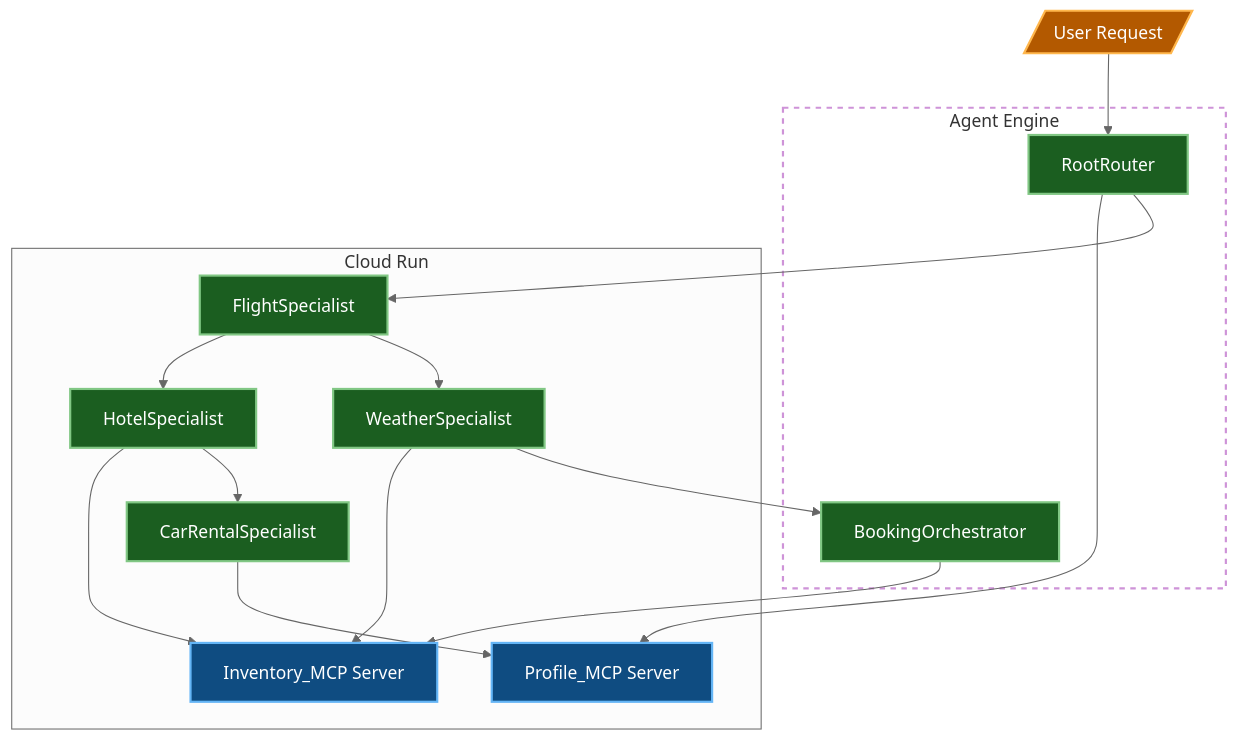
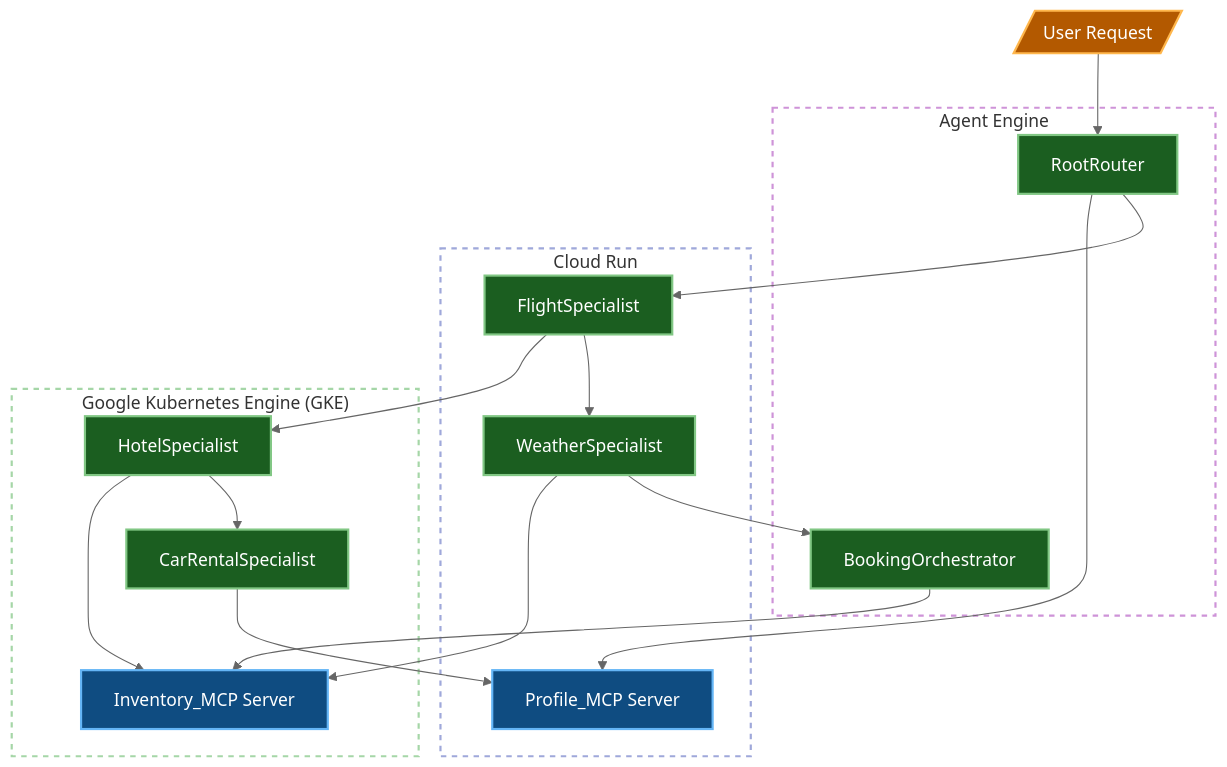
Before and after one commit to srtux/agent-testbed: the first of 3 diagrams in README.md, drawn with Mermaid (neutral theme). The commit also changed other lines of this file and 9 other files, not shown here.

````diff
--- a/README.md
+++ b/README.md
@@ -34,47 +38,47 @@
 ```mermaid
 graph TD
     %% Define Classes
     classDef agent fill:#1b5e20,stroke:#81c784,stroke-width:2px,color:#ffffff;
     classDef mcp fill:#0f4c81,stroke:#64b5f6,stroke-width:2px,color:#ffffff;
     classDef user fill:#b35900,stroke:#ffb74d,stroke-width:2px,color:#ffffff;
 
     %% Environments
     subgraph AgentEngineEnv["Agent Engine"]
         RootRouter[RootRouter]:::agent
         BookingOrchestrator[BookingOrchestrator]:::agent
     end
     style AgentEngineEnv fill:transparent,stroke:#ce93d8,stroke-width:2px,stroke-dasharray: 5 5
 
-    subgraph ENV["Cloud Run"]
+    subgraph CloudRunEnv["Cloud Run"]
         FlightSpecialist[FlightSpecialist]:::agent
         WeatherSpecialist[WeatherSpecialist]:::agent
         ProfileMCP[Profile_MCP Server]:::mcp
     end
-    style ENV fill:transparent,stroke:#9fa8da,stroke-width:2px,stroke-dasharray: 5 5
+    style CloudRunEnv fill:transparent,stroke:#9fa8da,stroke-width:2px,stroke-dasharray: 5 5
 
-    subgraph ENV["Google Kubernetes Engine (GKE)"]
+    subgraph GKEEnv["Google Kubernetes Engine (GKE)"]
         Hotel[HotelSpecialist]:::agent
         Car[CarRentalSpecialist]:::agent
         InvMCP[Inventory_MCP Server]:::mcp
     end
-    style ENV fill:transparent,stroke:#a5d6a7,stroke-width:2px,stroke-dasharray: 5 5
+    style GKEEnv fill:transparent,stroke:#a5d6a7,stroke-width:2px,stroke-dasharray: 5 5
 
     %% Dependencies / Call Hierarchy
     User[/User Request/]:::user --> RootRouter
     
     RootRouter --> ProfileMCP
     RootRouter --> FlightSpecialist
     
     FlightSpecialist --> Hotel
     FlightSpecialist --> WeatherSpecialist
     
     Hotel --> InvMCP
     Hotel --> Car
     
     Car --> ProfileMCP
     
     WeatherSpecialist --> InvMCP
     WeatherSpecialist --> BookingOrchestrator
     
     BookingOrchestrator --> InvMCP
 ```
````
